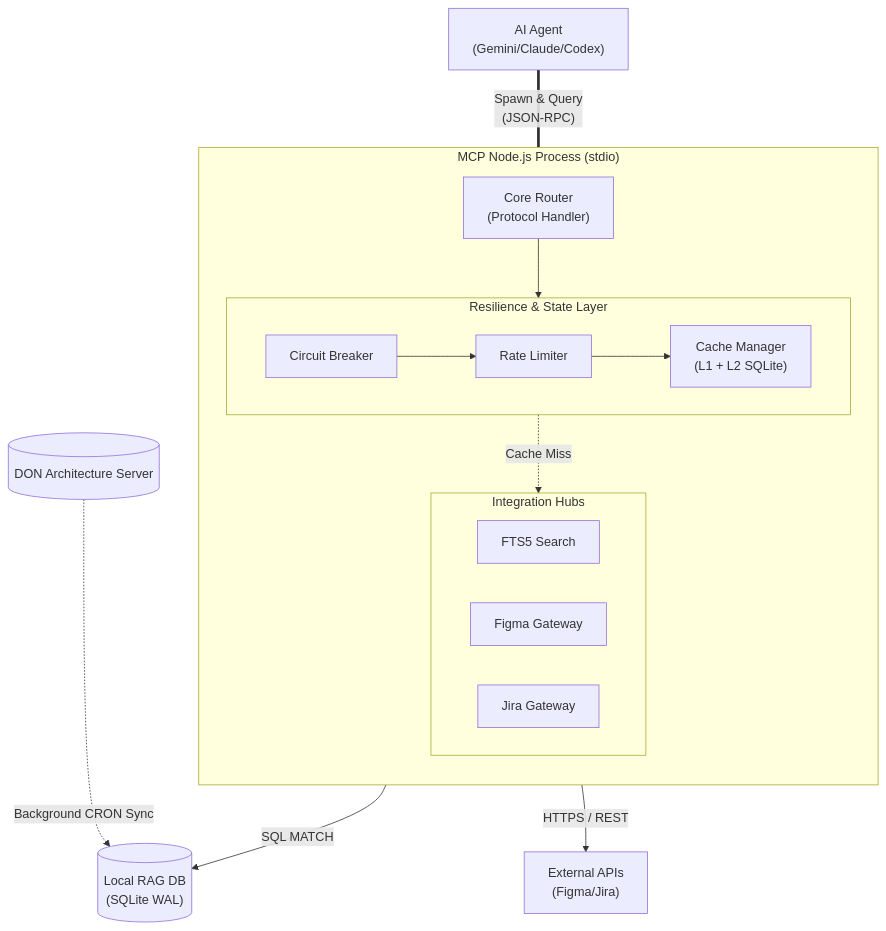
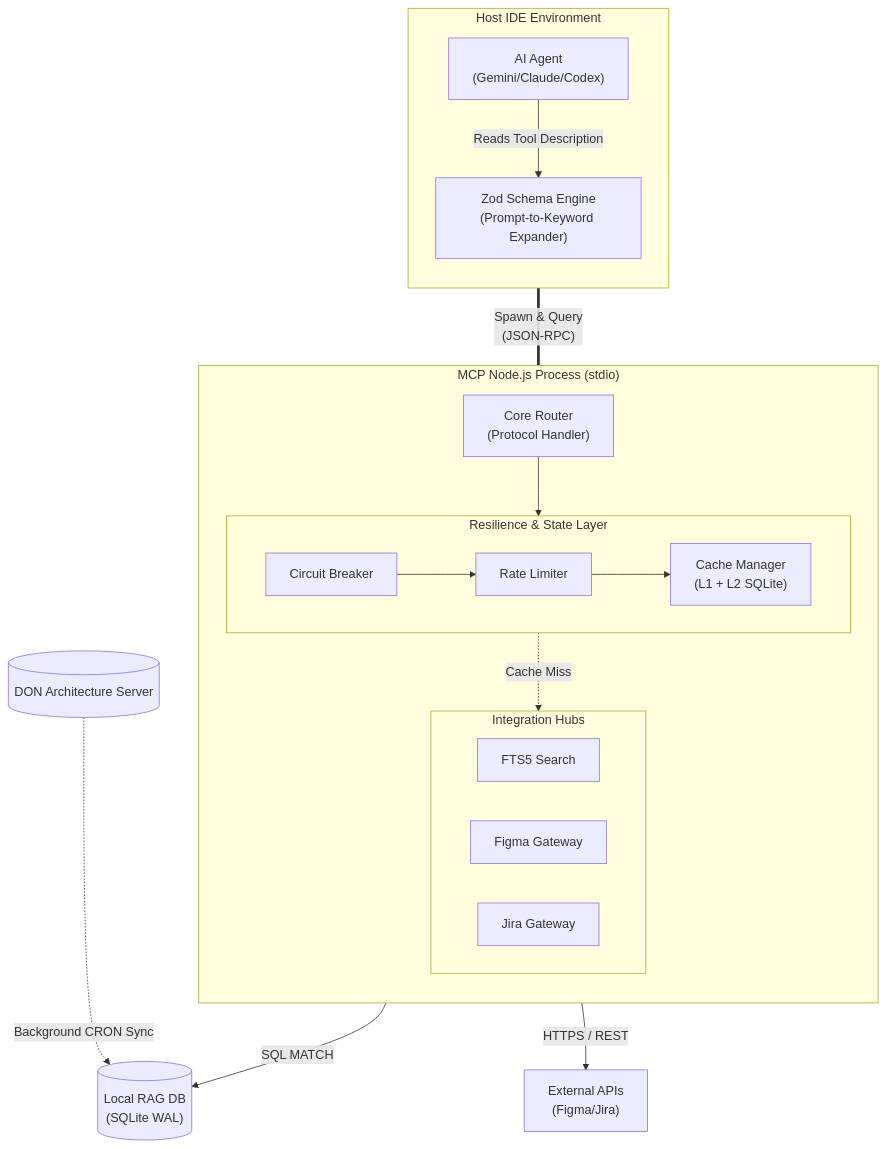
One commit to cachep-xidau/MCP-server changed the first of 2 diagrams in README.md. Above: the diagram before and after it, drawn with Mermaid. The commit also changed other lines of this file, not shown here.

Commit message:
docs: add zod schema engine prompt expansion step to diagrams

````diff
--- a/README.md
+++ b/README.md
@@ -20,37 +20,42 @@
 ```mermaid
 flowchart TD
-    Agent["AI Agent\n(Gemini/Claude/Codex)"]
+    subgraph HostIDE["Host IDE Environment"]
+        direction TB
+        Agent["AI Agent\n(Gemini/Claude/Codex)"]
+        Expander["Zod Schema Engine\n(Prompt-to-Keyword Expander)"]
+        Agent -- "Reads Tool Description" --> Expander
+    end
 
     subgraph MCP_Process["MCP Node.js Process (stdio)"]
         direction TB
         Router["Core Router\n(Protocol Handler)"]
 
         subgraph ResilienceLayer["Resilience & State Layer"]
             direction LR
             Breaker["Circuit Breaker"]
             Limiter["Rate Limiter"]
             Cache["Cache Manager\n(L1 + L2 SQLite)"]
         end
 
         subgraph ToolsLayer["Integration Hubs"]
             direction LR
             T_Search["FTS5 Search"]
             T_Figma["Figma Gateway"]
             T_Jira["Jira Gateway"]
         end
 
         Router --> ResilienceLayer
         Breaker --> Limiter
         Limiter --> Cache
         Cache -. "Cache Miss" .-> ToolsLayer
     end
 
     LocalDB[("Local RAG DB\n(SQLite WAL)")]
     MasterDB[("DON Architecture Server")]
     ExtAPIs["External APIs\n(Figma/Jira)"]
 
-    Agent == "Spawn & Query\n(JSON-RPC)" === Router
+    Expander == "Spawn & Query\n(JSON-RPC)" === Router
     T_Search -- "SQL MATCH" --> LocalDB
     ToolsLayer -- "HTTPS / REST" --> ExtAPIs
     MasterDB -. "Background CRON Sync" .-> LocalDB
 ```
````
